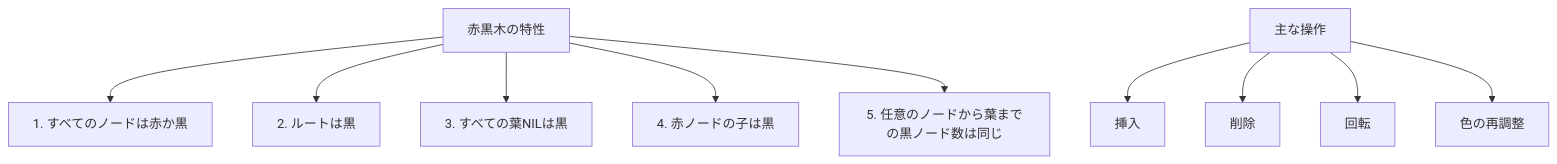
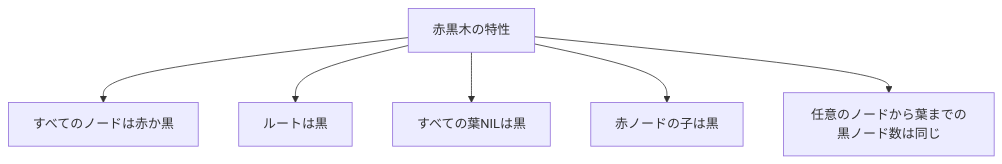
One commit to cyber-freaks-jp/AI_Driven_Development_Course changed the second of 2 diagrams in book/pages/難解アルゴリズムの実装支援.md. Above: the diagram before and after it, drawn with Mermaid. The commit also changed 1 other file, not shown here.

````diff
--- a/book/pages/難解アルゴリズムの実装支援.md
+++ b/book/pages/難解アルゴリズムの実装支援.md
@@ -219,13 +219,8 @@
 ```mermaid
-graph TD
-    A[赤黒木の特性] --> B[1. すべてのノードは赤か黒]
-    A --> C[2. ルートは黒]
-    A --> D[3. すべての葉NILは黒]
-    A --> E[4. 赤ノードの子は黒]
-    A --> F[5. 任意のノードから葉までの黒ノード数は同じ]
-
-    G[主な操作] --> H[挿入]
-    G --> I[削除]
-    G --> J[回転]
-    G --> K[色の再調整]
+flowchart TD
+    A[赤黒木の特性] --> B[すべてのノードは赤か黒]
+    A --> C[ルートは黒]
+    A --> D[すべての葉NILは黒]
+    A --> E[赤ノードの子は黒]
+    A --> F[任意のノードから葉までの黒ノード数は同じ]
 ```
````
